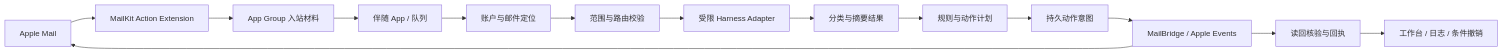
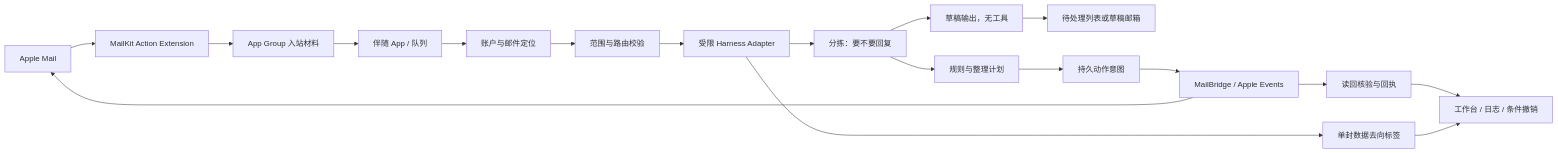
The first of 2 diagrams in DESIGN.md (cobbcheng/Mailpipe), drawn with Mermaid before and after one commit. The commit also changed other lines of this file and 13 other files, not shown here.

````diff
--- a/DESIGN.md
+++ b/DESIGN.md
@@ -15,16 +18,20 @@
 ```mermaid
 flowchart LR
   Mail[Apple Mail] --> Extension[MailKit Action Extension]
   Extension --> Spool[App Group 入站材料]
   Spool --> App[伴随 App / 队列]
   App --> Identity[账户与邮件定位]
   Identity --> Policy[范围与路由校验]
   Policy --> Harness[受限 Harness Adapter]
-  Harness --> Decision[分类与摘要结果]
-  Decision --> Rules[规则与动作计划]
+  Harness --> Triage[分拣：要不要回复]
+  Triage --> Draft[草稿输出，无工具]
+  Triage --> Rules[规则与整理计划]
+  Draft --> Landing[待处理列表或草稿邮箱]
   Rules --> Ledger[持久动作意图]
   Ledger --> Bridge[MailBridge / Apple Events]
   Bridge --> Mail
   Bridge --> Receipt[读回核验与回执]
   Receipt --> UI[工作台 / 日志 / 条件撤销]
+  Harness --> Dest[单封数据去向标签]
+  Dest --> UI
 ```
````
